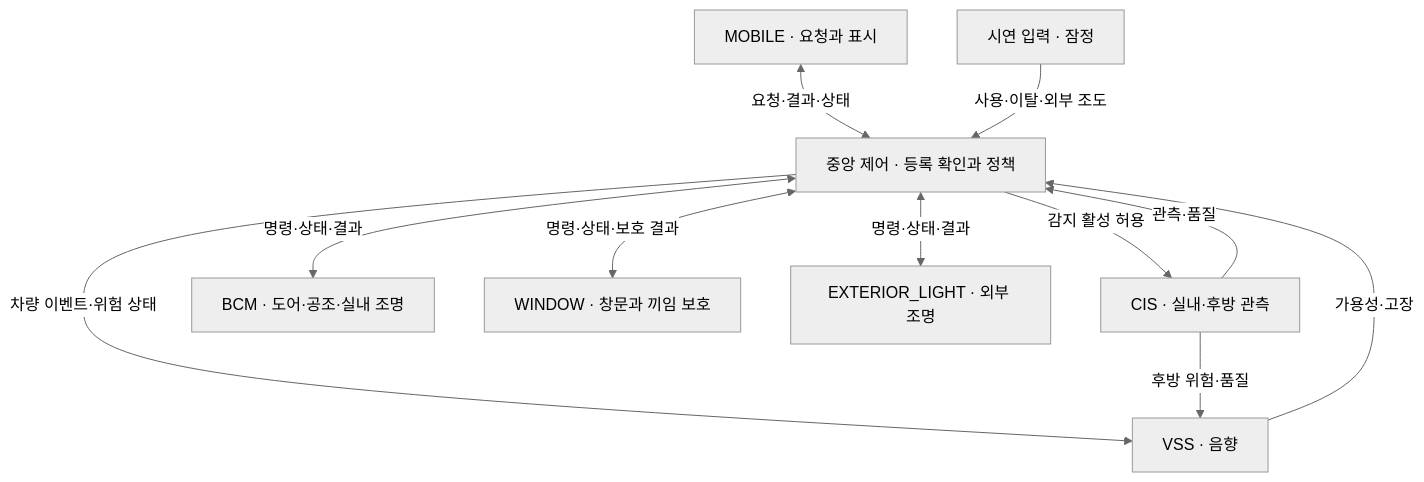
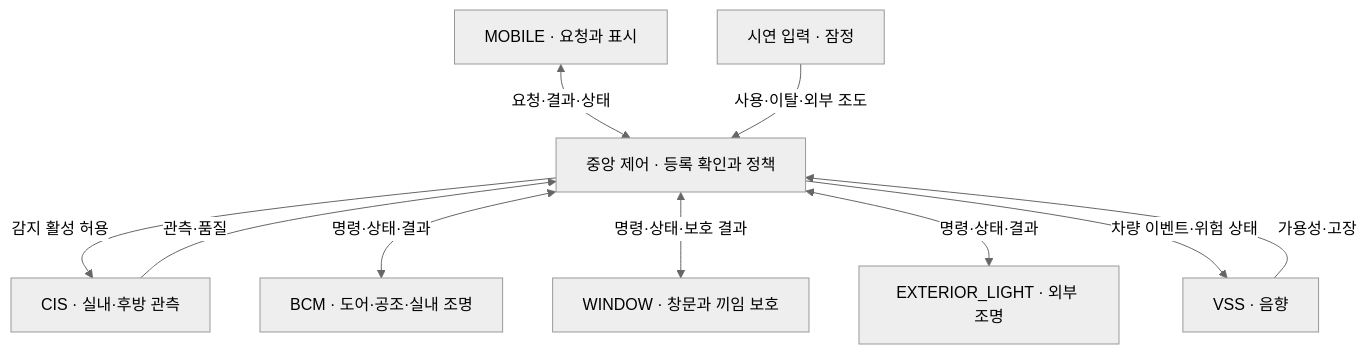
The first of 5 diagrams in docs/requirements/SR.md (vehicle-domain-control-system/integrated-vehicle-control), drawn with Mermaid (neutral theme) before and after one commit. The commit also changed other lines of this file and 6 other files, not shown here.

````diff
--- a/docs/requirements/SR.md
+++ b/docs/requirements/SR.md
@@ -45,13 +45,12 @@
 ```mermaid
 flowchart TD
     MOBILE["MOBILE · 요청과 표시"] <-->|"요청·결과·상태"| CENTRAL["중앙 제어 · 등록 확인과 정책"]
     CIS["CIS · 실내·후방 관측"] -->|"관측·품질"| CENTRAL
     TEST["시연 입력 · 잠정"] -->|"사용·이탈·외부 조도"| CENTRAL
     CENTRAL -->|"감지 활성 허용"| CIS
     CENTRAL <-->|"명령·상태·결과"| BCM["BCM · 도어·공조·실내 조명"]
     CENTRAL <-->|"명령·상태·보호 결과"| WIN["WINDOW · 창문과 끼임 보호"]
     CENTRAL <-->|"명령·상태·결과"| ELS["EXTERIOR_LIGHT · 외부 조명"]
     CENTRAL -->|"차량 이벤트·위험 상태"| VSS["VSS · 음향"]
-    CIS -->|"후방 위험·품질"| VSS
     VSS -->|"가용성·고장"| CENTRAL
 ```
````
